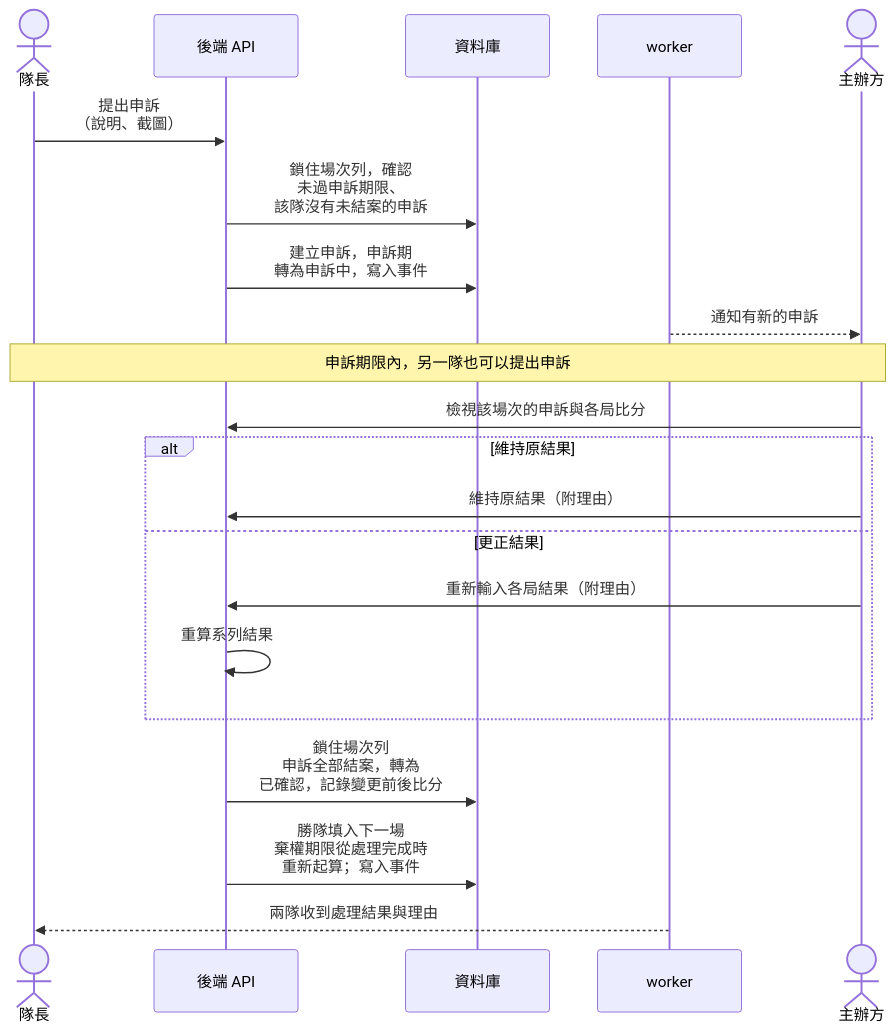
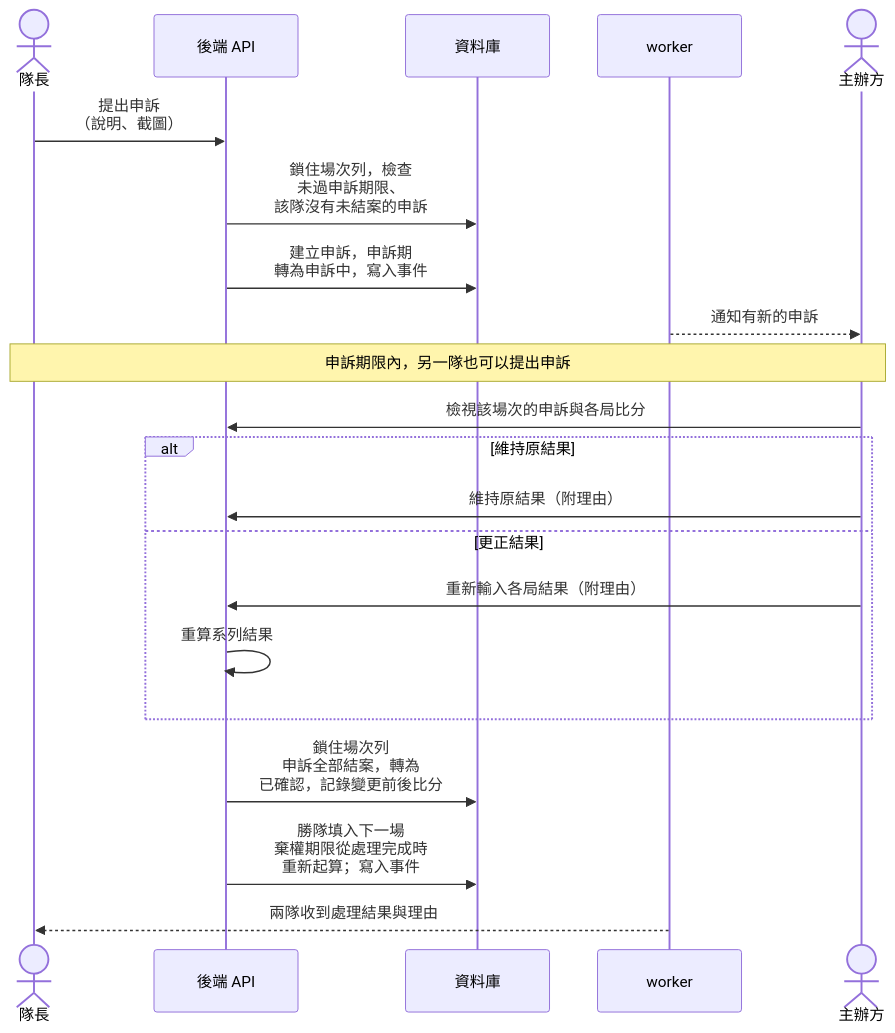
Before and after one commit to Team14good/esport-platform: diagram 19 of 19 in docs/midterm/B-軟體需求分析文件.md, drawn with Mermaid. The commit also changed other lines of this file and 11 other files, not shown here.

````diff
--- a/docs/midterm/B-軟體需求分析文件.md
+++ b/docs/midterm/B-軟體需求分析文件.md
@@ -1403,23 +1407,23 @@
 ```mermaid
 sequenceDiagram
   actor Cap as 隊長
   participant API as 後端 API
   participant DB as 資料庫
   participant W as worker
   actor Org as 主辦方
   Cap->>API: 提出申訴<br/>（說明、截圖）
-  API->>DB: 鎖住場次列，確認<br/>未過申訴期限、<br/>該隊沒有未結案的申訴
+  API->>DB: 鎖住場次列，檢查<br/>未過申訴期限、<br/>該隊沒有未結案的申訴
   API->>DB: 建立申訴，申訴期<br/>轉為申訴中，寫入事件
   W-->>Org: 通知有新的申訴
   Note over Cap,Org: 申訴期限內，另一隊也可以提出申訴
   Org->>API: 檢視該場次的申訴與各局比分
   alt 維持原結果
     Org->>API: 維持原結果（附理由）
   else 更正結果
     Org->>API: 重新輸入各局結果（附理由）
     API->>API: 重算系列結果
   end
   API->>DB: 鎖住場次列<br/>申訴全部結案，轉為<br/>已確認，記錄變更前後比分
   API->>DB: 勝隊填入下一場<br/>棄權期限從處理完成時<br/>重新起算；寫入事件
   W-->>Cap: 兩隊收到處理結果與理由
 ```
````
